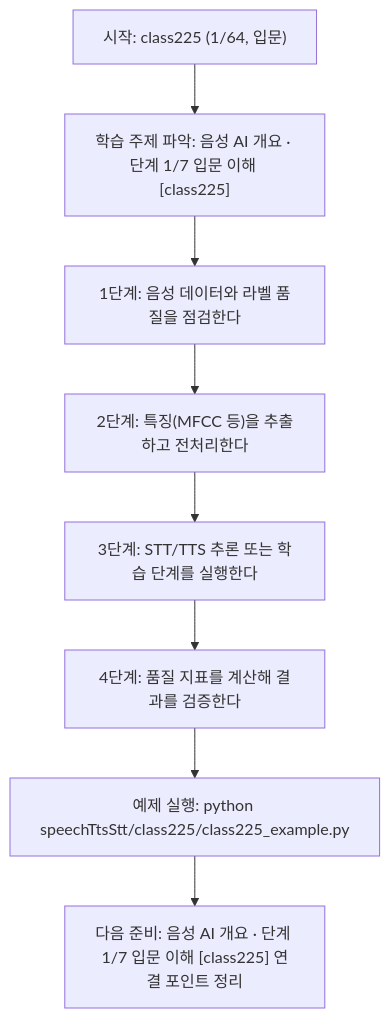
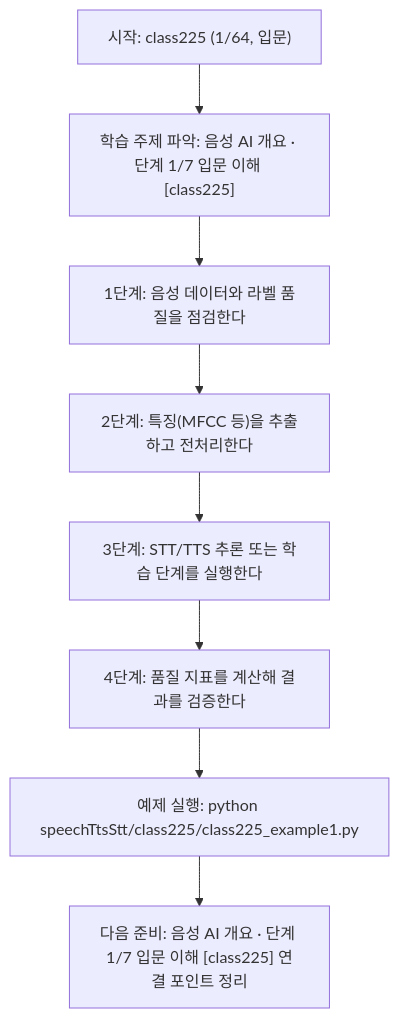
Before and after one commit to edumgt/Python-AI_Agent-Class: the diagram in speechTtsStt/class225/class225.md, drawn with Mermaid. The commit also changed other lines of this file and 2959 other files, not shown here.

````diff
--- a/speechTtsStt/class225/class225.md
+++ b/speechTtsStt/class225/class225.md
@@ -114,18 +114,18 @@
 ```mermaid
 flowchart TD
 N1["시작: class225 (1/64, 입문)"]
 N2["학습 주제 파악: 음성 AI 개요 · 단계 1/7 입문 이해 [class225]"]
 N3["1단계: 음성 데이터와 라벨 품질을 점검한다"]
 N4["2단계: 특징(MFCC 등)을 추출하고 전처리한다"]
 N5["3단계: STT/TTS 추론 또는 학습 단계를 실행한다"]
 N6["4단계: 품질 지표를 계산해 결과를 검증한다"]
-N7["예제 실행: python speechTtsStt/class225/class225_example.py"]
+N7["예제 실행: python speechTtsStt/class225/class225_example1.py"]
 N8["다음 준비: 음성 AI 개요 · 단계 1/7 입문 이해 [class225] 연결 포인트 정리"]
 N1 --> N2
 N2 --> N3
 N3 --> N4
 N4 --> N5
 N5 --> N6
 N6 --> N7
 N7 --> N8
 ```
````
